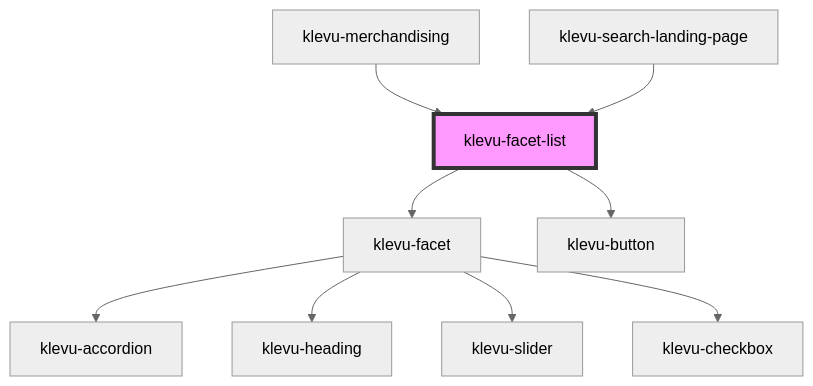
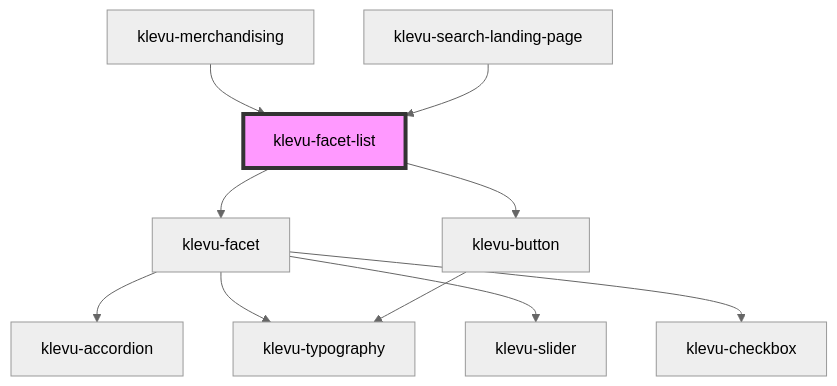
The diagram in packages/klevu-ui/src/components/klevu-facet-list/readme.md (klevultd/frontend-sdk), drawn with Mermaid (neutral theme) before and after one commit. The commit also changed 39 other files, not shown here.

Commit message:
change heading to typography and create system

````diff
--- a/packages/klevu-ui/src/components/klevu-facet-list/readme.md
+++ b/packages/klevu-ui/src/components/klevu-facet-list/readme.md
@@ -43,12 +43,13 @@
 ```mermaid
 graph TD;
   klevu-facet-list --> klevu-facet
   klevu-facet-list --> klevu-button
   klevu-facet --> klevu-accordion
-  klevu-facet --> klevu-heading
+  klevu-facet --> klevu-typography
   klevu-facet --> klevu-slider
   klevu-facet --> klevu-checkbox
+  klevu-button --> klevu-typography
   klevu-merchandising --> klevu-facet-list
   klevu-search-landing-page --> klevu-facet-list
   style klevu-facet-list fill:#f9f,stroke:#333,stroke-width:4px
 ```
````
